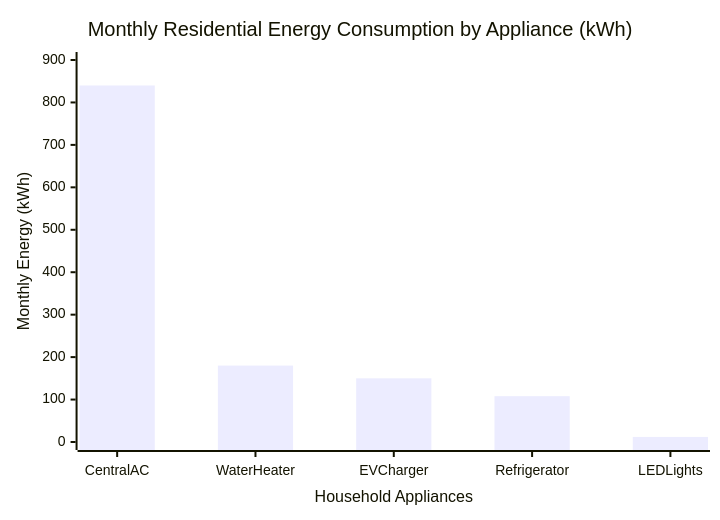
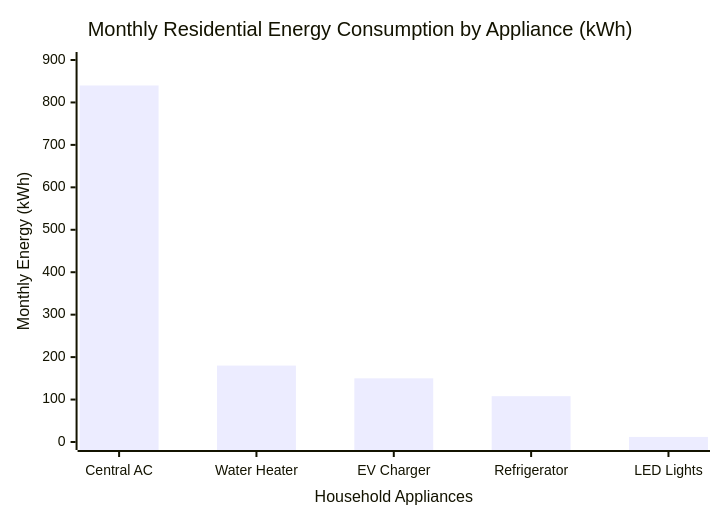
Before and after one commit to abuhanif254/Calculator-Hub: the second of 5 diagrams in content/de/electricity-cost-calculator.md, drawn with Mermaid. The commit also changed other lines of this file and 84 other files, not shown here.

````diff
--- a/content/de/electricity-cost-calculator.md
+++ b/content/de/electricity-cost-calculator.md
@@ -233,7 +233,7 @@
 ```mermaid
 xychart-beta
     title "Monthly Residential Energy Consumption by Appliance (kWh)"
-    x-axis "Household Appliances" [Central AC, Water Heater, EV Charger, Refrigerator, LED Lights]
+    x-axis "Household Appliances" ["Central AC", "Water Heater", "EV Charger", "Refrigerator", "LED Lights"]
     y-axis "Monthly Energy (kWh)" 0 --> 900
     bar [840, 180, 150, 108, 12]
 ```
````
